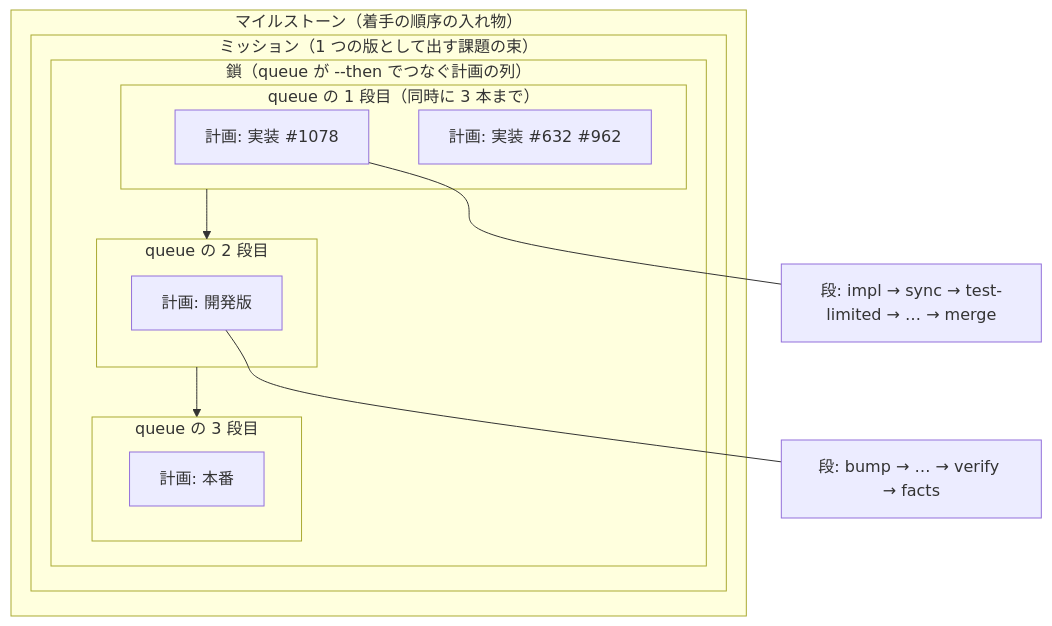
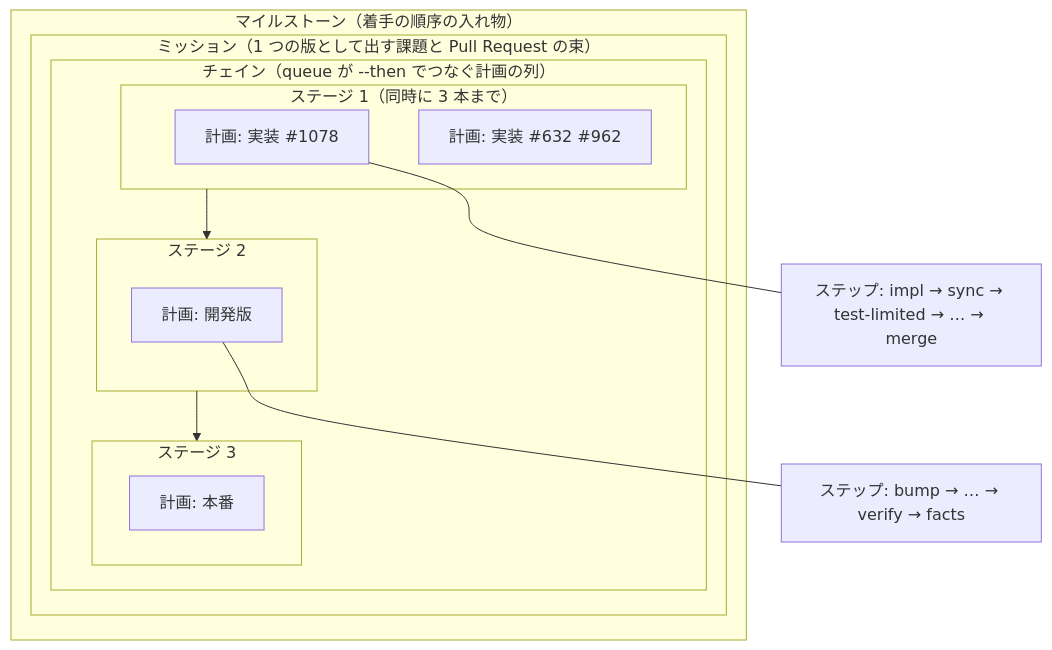
The diagram in plugins/ndf/skills/development-workflow/references/glossary.md (devbasex/ai-plugins), drawn with Mermaid before and after one commit. The commit also changed other lines of this file, not shown here.

````diff
--- a/plugins/ndf/skills/development-workflow/references/glossary.md
+++ b/plugins/ndf/skills/development-workflow/references/glossary.md
@@ -27,22 +29,22 @@
 ```mermaid
 flowchart TB
     subgraph MS["マイルストーン（着手の順序の入れ物）"]
-        subgraph MI["ミッション（1 つの版として出す課題の束）"]
-            subgraph CH["鎖（queue が --then でつなぐ計画の列）"]
-                subgraph T1["queue の 1 段目（同時に 3 本まで）"]
+        subgraph MI["ミッション（1 つの版として出す課題と Pull Request の束）"]
+            subgraph CH["チェイン（queue が --then でつなぐ計画の列）"]
+                subgraph T1["ステージ 1（同時に 3 本まで）"]
                     P1["計画: 実装 #1078"]
                     P2["計画: 実装 #632 #962"]
                 end
-                subgraph T2["queue の 2 段目"]
+                subgraph T2["ステージ 2"]
                     P3["計画: 開発版"]
                 end
-                subgraph T3["queue の 3 段目"]
+                subgraph T3["ステージ 3"]
                     P4["計画: 本番"]
                 end
                 T1 --> T2 --> T3
             end
         end
     end
-    P1 --- S1["段: impl → sync → test-limited → … → merge"]
-    P3 --- S3["段: bump → … → verify → facts"]
+    P1 --- S1["ステップ: impl → sync → test-limited → … → merge"]
+    P3 --- S3["ステップ: bump → … → verify → facts"]
 ```
````
